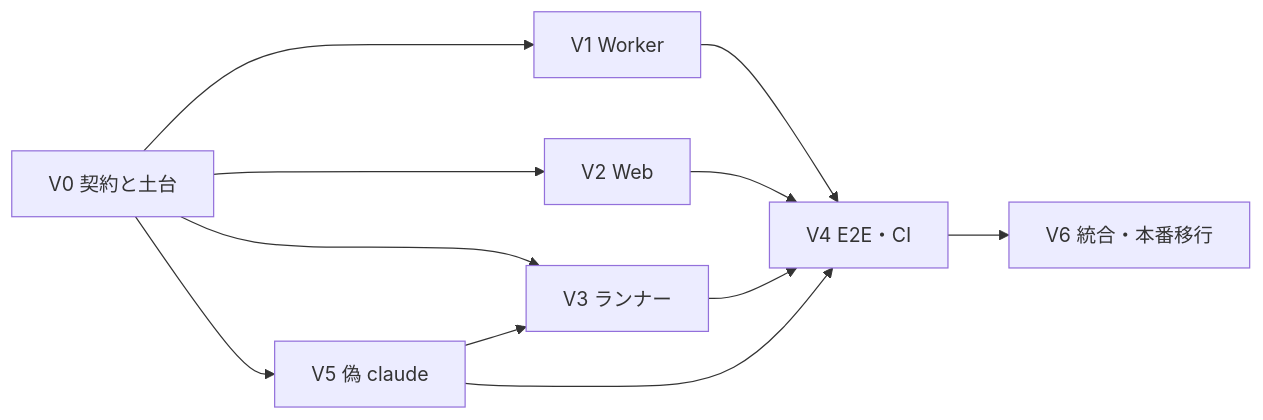
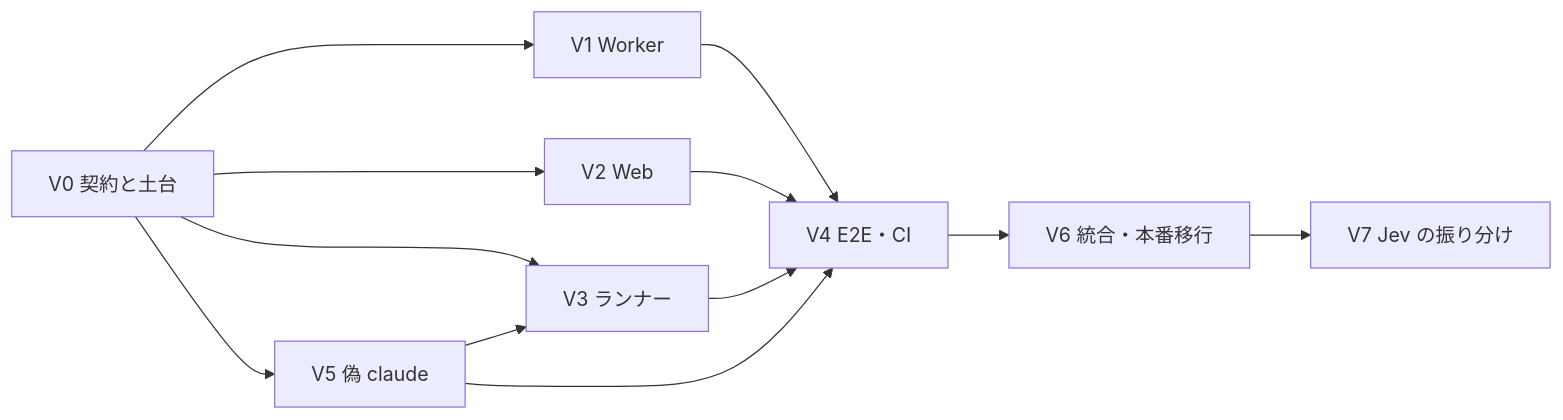
One commit to rikuhiromatsu/baton changed the ninth of 9 diagrams in docs/DESIGN-v2.md. Above: the diagram before and after it, drawn with Mermaid. The commit also changed other lines of this file and 25 other files, not shown here.

````diff
--- a/docs/DESIGN-v2.md
+++ b/docs/DESIGN-v2.md
@@ -1614,13 +1765,14 @@
 ```mermaid
 flowchart LR
   V0[V0 契約と土台] --> V1[V1 Worker]
   V0 --> V2[V2 Web]
   V0 --> V3[V3 ランナー]
   V0 --> V5[V5 偽 claude]
   V5 --> V3
   V1 --> V4[V4 E2E・CI]
   V2 --> V4
   V3 --> V4
   V5 --> V4
   V4 --> V6[V6 統合・本番移行]
+  V6 --> V7[V7 Jev の振り分け]
 ```
````
